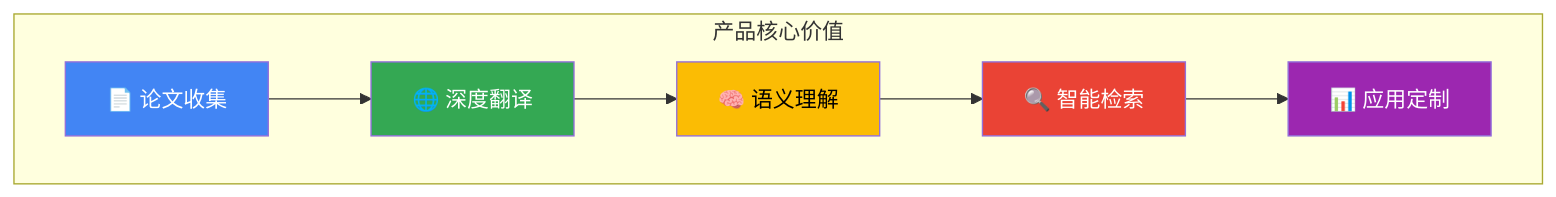
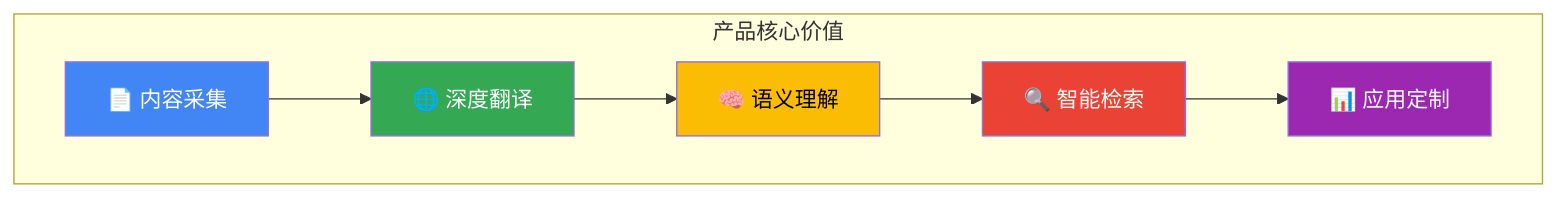
The first of 14 diagrams in docs/000-prd-architecture.md (ThreeFish-AI/agentic-ai-cognizes), drawn with Mermaid before and after one commit. The commit also changed other lines of this file and 1 other file, not shown here.

First line of the commit message:
docs(Architecture): 统一文档路径引用，优化术语一致性;

````diff
--- a/docs/000-prd-architecture.md
+++ b/docs/000-prd-architecture.md
@@ -38,15 +38,15 @@
 ```mermaid
 graph TB
     subgraph "产品核心价值"
-        A[📄 论文收集] --> B[🌐 深度翻译]
+        A[📄 内容采集] --> B[🌐 深度翻译]
         B --> C[🧠 语义理解]
         C --> D[🔍 智能检索]
         D --> E[📊 应用定制]
     end
 
     style A fill:#4285f4,color:#fff
     style B fill:#34a853,color:#fff
     style C fill:#fbbc04,color:#000
     style D fill:#ea4335,color:#fff
     style E fill:#9c27b0,color:#fff
 ```
````
